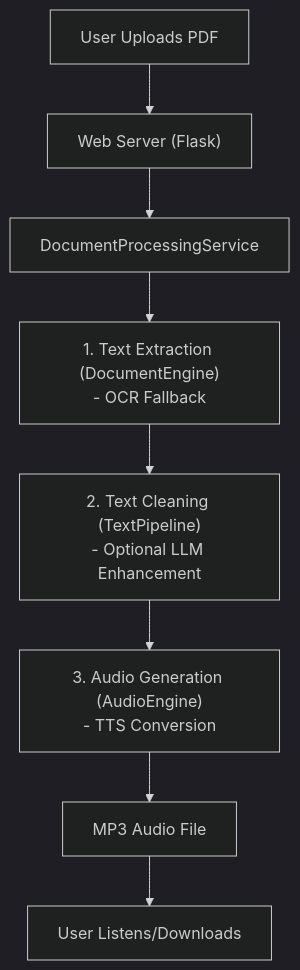
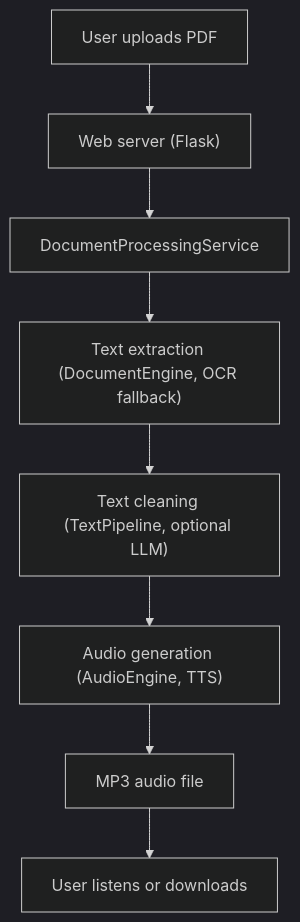
The diagram in README.md (nbhansen/silly_PDF2WAV), drawn with Mermaid (dark theme) before and after one commit. The commit also changed other lines of this file, not shown here.

Commit message:
fixing dumb readme errors

````diff
--- a/README.md
+++ b/README.md
@@ -28,10 +29,10 @@
 ```mermaid
 graph TD
-    A[User Uploads PDF] --> B["Web Server (Flask)"];
-    B --> C[DocumentProcessingService];
-    C --> D["1. Text Extraction (DocumentEngine)<br/>- OCR Fallback"];
-    D --> E["2. Text Cleaning (TextPipeline)<br/>- Optional LLM Enhancement"];
-    E --> F["3. Audio Generation (AudioEngine)<br/>- TTS Conversion"];
-    F --> G[MP3 Audio File];
-    G --> H[User Listens/Downloads];
+    A[User uploads PDF] --> B["Web server (Flask)"]
+    B --> C[DocumentProcessingService]
+    C --> D["Text extraction (DocumentEngine, OCR fallback)"]
+    D --> E["Text cleaning (TextPipeline, optional LLM)"]
+    E --> F["Audio generation (AudioEngine, TTS)"]
+    F --> G[MP3 audio file]
+    G --> H[User listens or downloads]
 ```
````
